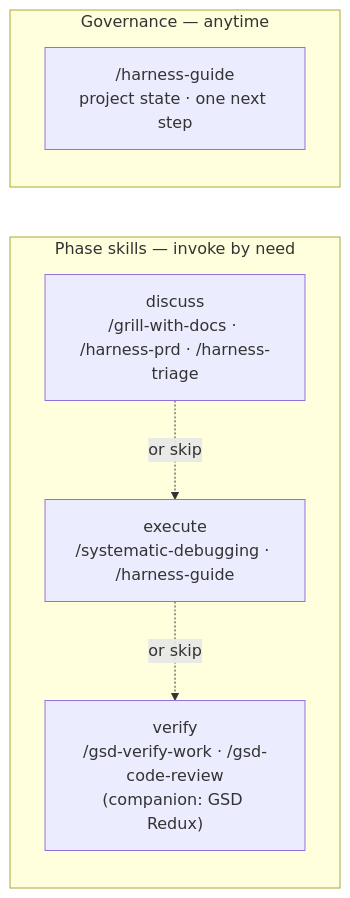
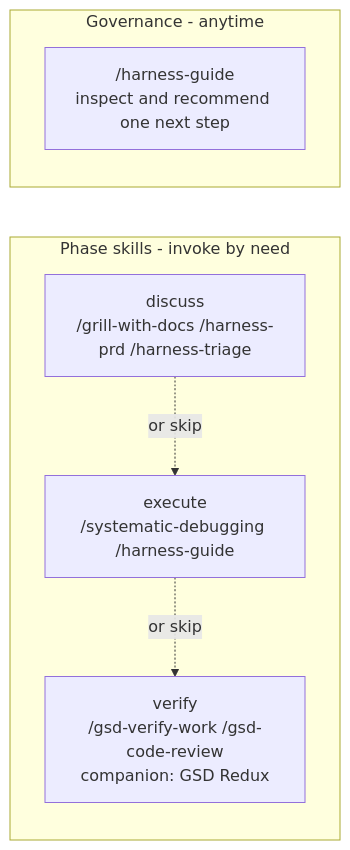
Before and after one commit to ClydeShen/harness-skill: the third of 3 diagrams in README.md, drawn with Mermaid. The commit also changed other lines of this file, not shown here.

First line of the commit message:
docs: fix mermaid rendering issues

````diff
--- a/README.md
+++ b/README.md
@@ -196,13 +196,13 @@
 ```mermaid
 flowchart LR
-    subgraph PHASES["Phase skills — invoke by need"]
-        DISC["discuss<br/>/grill-with-docs · /harness-prd · /harness-triage"]
-        EXEC["execute<br/>/systematic-debugging · /harness-guide"]
-        VER["verify<br/>/gsd-verify-work · /gsd-code-review<br/>(companion: GSD Redux)"]
-        DISC -.->|"or skip"| EXEC -.->|"or skip"| VER
+    subgraph PHASES["Phase skills - invoke by need"]
+        DISC["discuss<br/>/grill-with-docs /harness-prd /harness-triage"]
+        EXEC["execute<br/>/systematic-debugging /harness-guide"]
+        VER["verify<br/>/gsd-verify-work /gsd-code-review<br/>companion: GSD Redux"]
+        DISC -.->|or skip| EXEC -.->|or skip| VER
     end
 
-    subgraph GOV["Governance — anytime"]
-        G["/harness-guide<br/>project state · one next step"]
+    subgraph GOV["Governance - anytime"]
+        G["/harness-guide<br/>inspect and recommend one next step"]
     end
 ```
````
